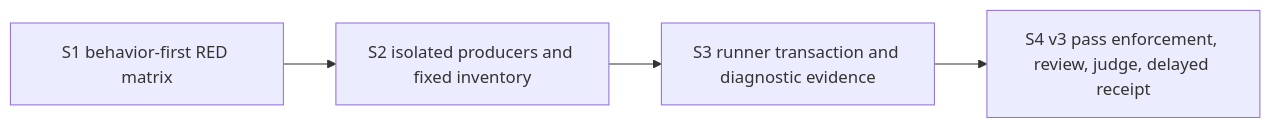
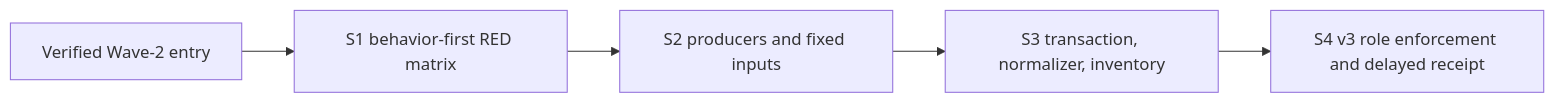
One commit to thebtf/netcoredbg-mcp changed the diagram in specs/014-sonarqube-coverage-producer/plan.md. Above: the diagram before and after it, drawn with Mermaid. The commit also changed other lines of this file and 13 other files, not shown here.

````diff
--- a/specs/014-sonarqube-coverage-producer/plan.md
+++ b/specs/014-sonarqube-coverage-producer/plan.md
@@ -62,8 +50,9 @@
 ```mermaid
 flowchart LR
+  Entry[Verified Wave-2 entry]
   S1[S1 behavior-first RED matrix]
-  S2[S2 isolated producers and fixed inventory]
-  S3[S3 runner transaction and diagnostic evidence]
-  S4[S4 v3 pass enforcement, review, judge, delayed receipt]
-  S1 --> S2 --> S3 --> S4
+  S2[S2 producers and fixed inputs]
+  S3[S3 transaction, normalizer, inventory]
+  S4[S4 v3 role enforcement and delayed receipt]
+  Entry --> S1 --> S2 --> S3 --> S4
 ```
````
